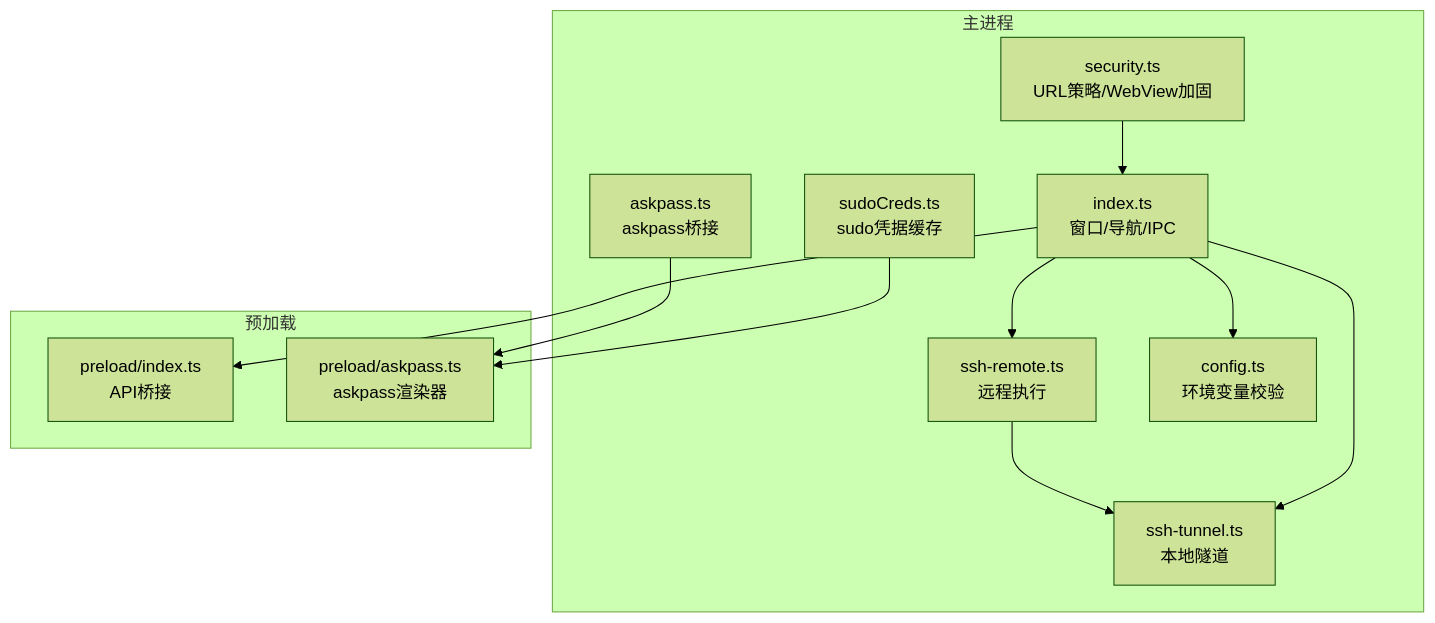
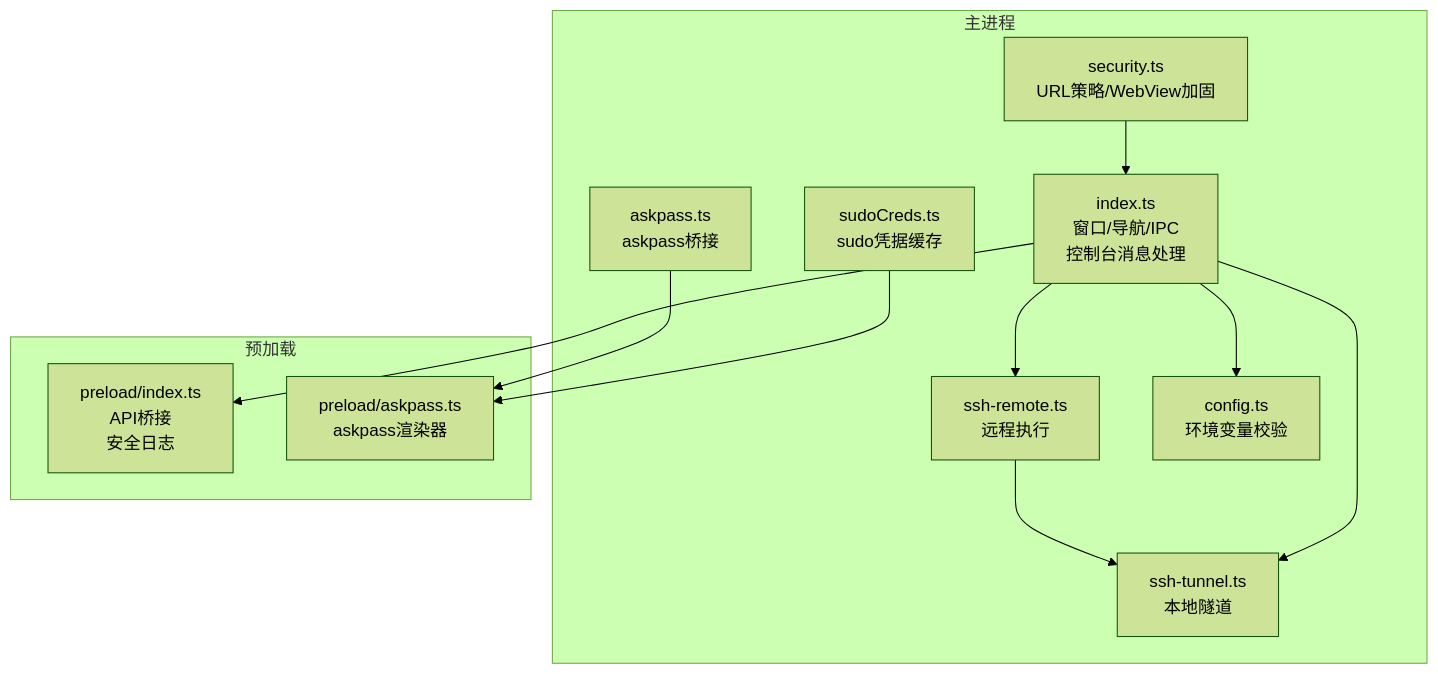
One commit to HDbright/hermes-desktop changed the first of 7 diagrams in .qoder/repowiki/zh/content/架构设计/安全架构.md. Above: the diagram before and after it, drawn with Mermaid (forest theme). The commit also changed other lines of this file and 15 other files, not shown here.

````diff
--- a/.qoder/repowiki/zh/content/架构设计/安全架构.md
+++ b/.qoder/repowiki/zh/content/架构设计/安全架构.md
@@ -46,24 +57,24 @@
 ```mermaid
 graph TB
 subgraph "主进程"
 SEC["security.ts<br/>URL策略/WebView加固"]
-IDX["index.ts<br/>窗口/导航/IPC"]
+IDX["index.ts<br/>窗口/导航/IPC<br/>控制台消息处理"]
 SSHREM["ssh-remote.ts<br/>远程执行"]
 SSHTUN["ssh-tunnel.ts<br/>本地隧道"]
 ASK["askpass.ts<br/>askpass桥接"]
 SUDOC["sudoCreds.ts<br/>sudo凭据缓存"]
 CFG["config.ts<br/>环境变量校验"]
 end
 subgraph "预加载"
-PREIDX["preload/index.ts<br/>API桥接"]
+PREIDX["preload/index.ts<br/>API桥接<br/>安全日志"]
 PREASK["preload/askpass.ts<br/>askpass渲染器"]
 end
 SEC --> IDX
 IDX --> PREIDX
 ASK --> PREASK
 SUDOC --> PREASK
 SSHREM --> SSHTUN
 IDX --> SSHREM
 IDX --> SSHTUN
 IDX --> CFG
 ```
````
